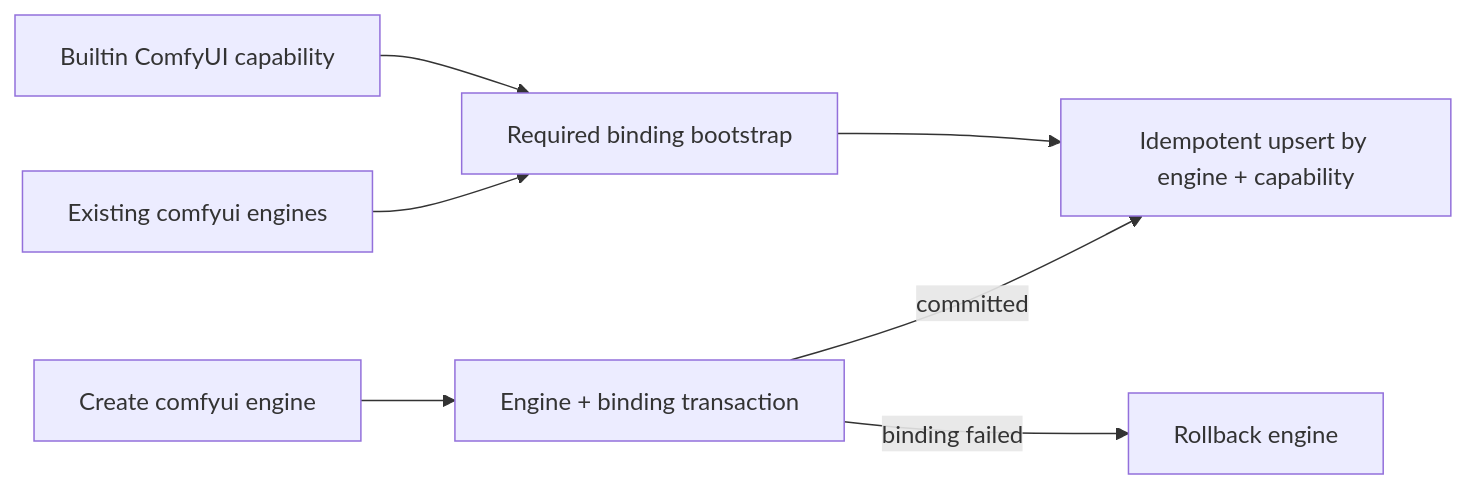
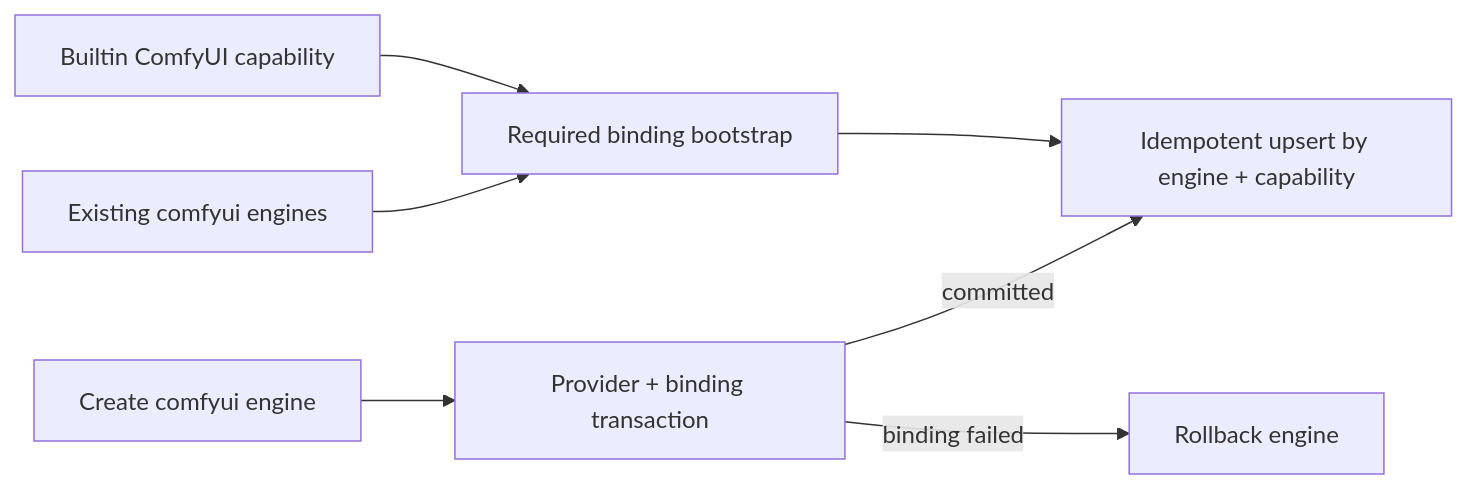
One commit to wangweihong/omnimam-spec changed the third of 5 diagrams in 02_architecture/domains/modelgateway.md. Above: the diagram before and after it, drawn with Mermaid. The commit also changed other lines of this file and 67 other files, not shown here.

Commit message:
spec: implement unified provider account architecture

````diff
--- a/02_architecture/domains/modelgateway.md
+++ b/02_architecture/domains/modelgateway.md
@@ -123,9 +123,9 @@
 ```mermaid
 flowchart LR
     R["Builtin ComfyUI capability"] --> B["Required binding bootstrap"]
     E["Existing comfyui engines"] --> B
     B --> U["Idempotent upsert by engine + capability"]
-    C["Create comfyui engine"] --> T["Engine + binding transaction"]
+    C["Create comfyui engine"] --> T["Provider + binding transaction"]
     T -->|"binding failed"| X["Rollback engine"]
     T -->|"committed"| U
 ```
````
